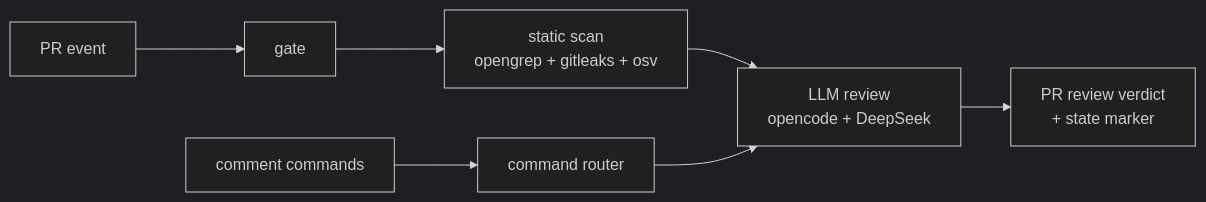
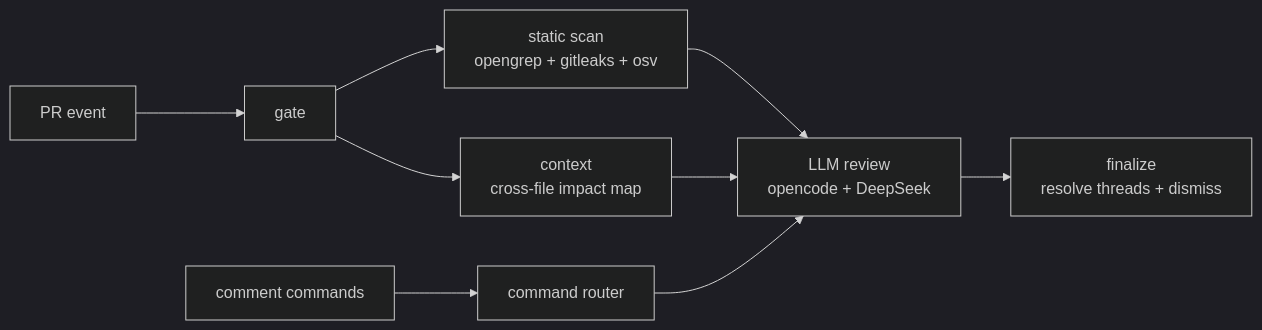
One commit to Divkix/ai-review changed the diagram in README.md. Above: the diagram before and after it, drawn with Mermaid (dark theme). The commit also changed other lines of this file and 4 other files, not shown here.

First line of the commit message:
feat: cross-file context job, noise ranking, privilege separation, pinned CLI

````diff
--- a/README.md
+++ b/README.md
@@ -7,9 +7,11 @@
 ```mermaid
 flowchart LR
     A[PR event] --> B[gate]
     B --> C[static scan<br/>opengrep + gitleaks + osv]
+    B --> H[context<br/>cross-file impact map]
     C --> D[LLM review<br/>opencode + DeepSeek]
-    D --> E[PR review verdict<br/>+ state marker]
+    H --> D
+    D --> E[finalize<br/>resolve threads + dismiss]
     F[comment commands] --> G[command router]
     G --> D
 ```
````
